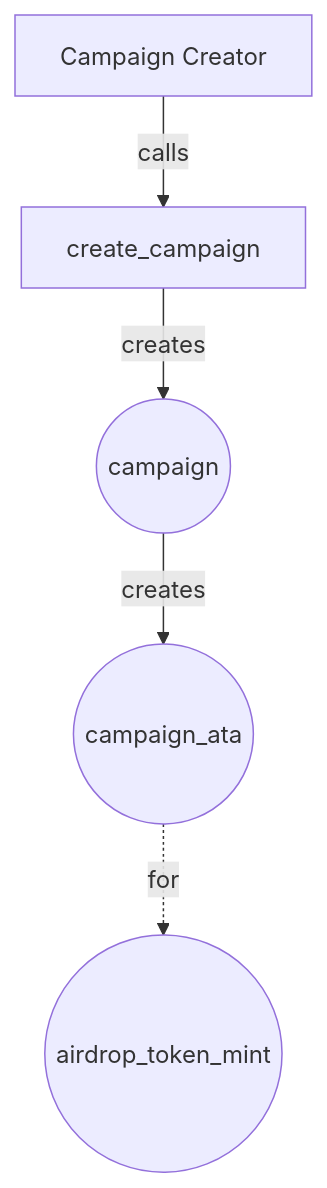
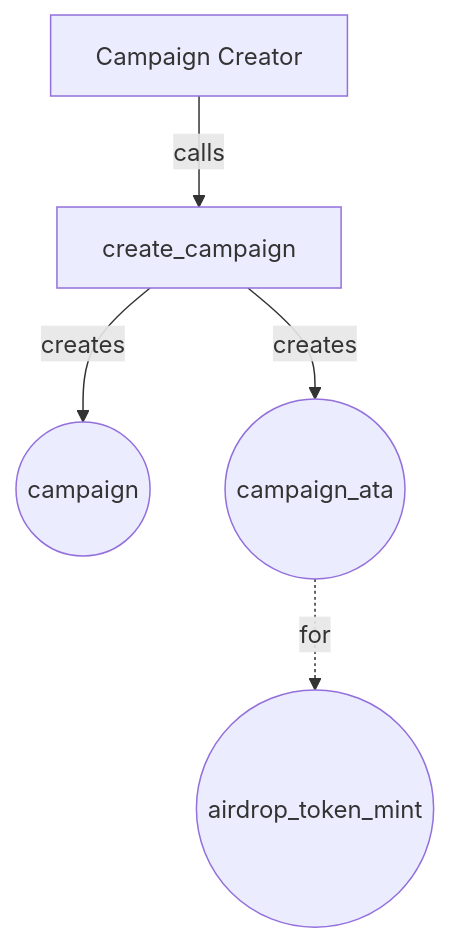
Before and after one commit to sablier-labs/docs: the fourth of 8 diagrams in docs/solana/accounts-architecture/02-merkle-instant.md, drawn with Mermaid. The commit also changed other lines of this file and 3 other files, not shown here.

````diff
--- a/docs/solana/accounts-architecture/02-merkle-instant.md
+++ b/docs/solana/accounts-architecture/02-merkle-instant.md
@@ -53,8 +53,8 @@
 ```mermaid
 flowchart TD
     A[Campaign Creator] --> |calls| B[create_campaign]
 
     B --> |creates| C((campaign))
-    C --> |creates| D((campaign_ata))
+    B --> |creates| D((campaign_ata))
     D -.-> |for| D1((airdrop_token_mint))
 ```
````
